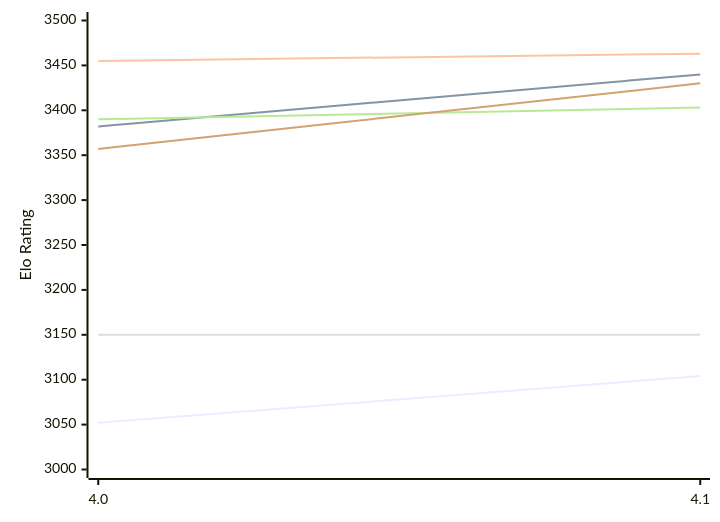
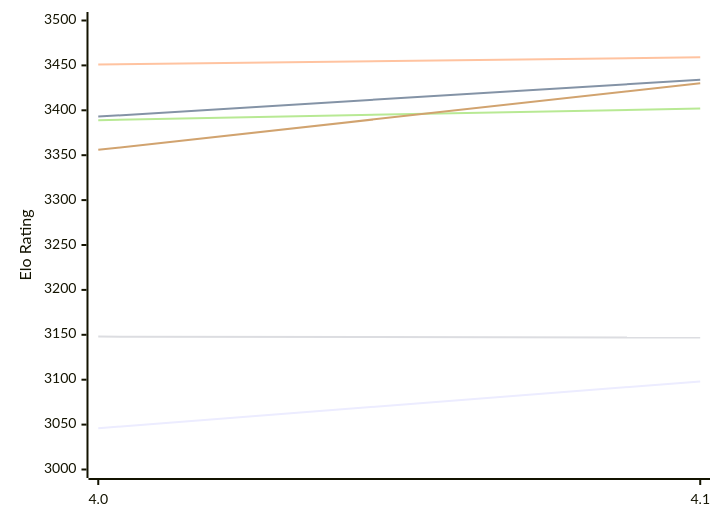
Before and after one commit to computer-chess-index/cci: the first of 2 diagrams in engines/Eleanor.md, drawn with Mermaid. The commit also changed other lines of this file, not shown here.

Commit message:
Update CCI Ratings (ELO VLTC) - 2026-11-26

````diff
--- a/engines/Eleanor.md
+++ b/engines/Eleanor.md
@@ -51,12 +51,12 @@
 ```mermaid
 %%{init: {"theme":"base","themeVariables":{"seriesColors:['#a3a3a3','#222221','#faa371']}}}%%
 xychart-beta
   x-axis ["4.0", "4.1"]
   y-axis "Elo Rating" 3000 --> 3500
-  line "E1: STC (8.0+0.08s)" [3052, 3104]
-  line "E1: LTC (60.0+0.60s)" [3382, 3440]
-  line "E1: VLTC (2m24s+1.12s)" [3455, 3463]
-  line "P1: STC (8.0+0.08s)" [3150, 3150]
-  line "P1: LTC (60.0+0.60s)" [3390, 3403]
-  line "P1: VLTC (2m24s+1.12s)" [3357, 3430]
+  line "E1: STC (8.0+0.08s)" [3046, 3098]
+  line "E1: LTC (60.0+0.60s)" [3393, 3434]
+  line "E1: VLTC (2m24s+1.12s)" [3451, 3459]
+  line "P1: STC (8.0+0.08s)" [3148, 3147]
+  line "P1: LTC (60.0+0.60s)" [3389, 3402]
+  line "P1: VLTC (2m24s+1.12s)" [3356, 3430]
 ```
````
